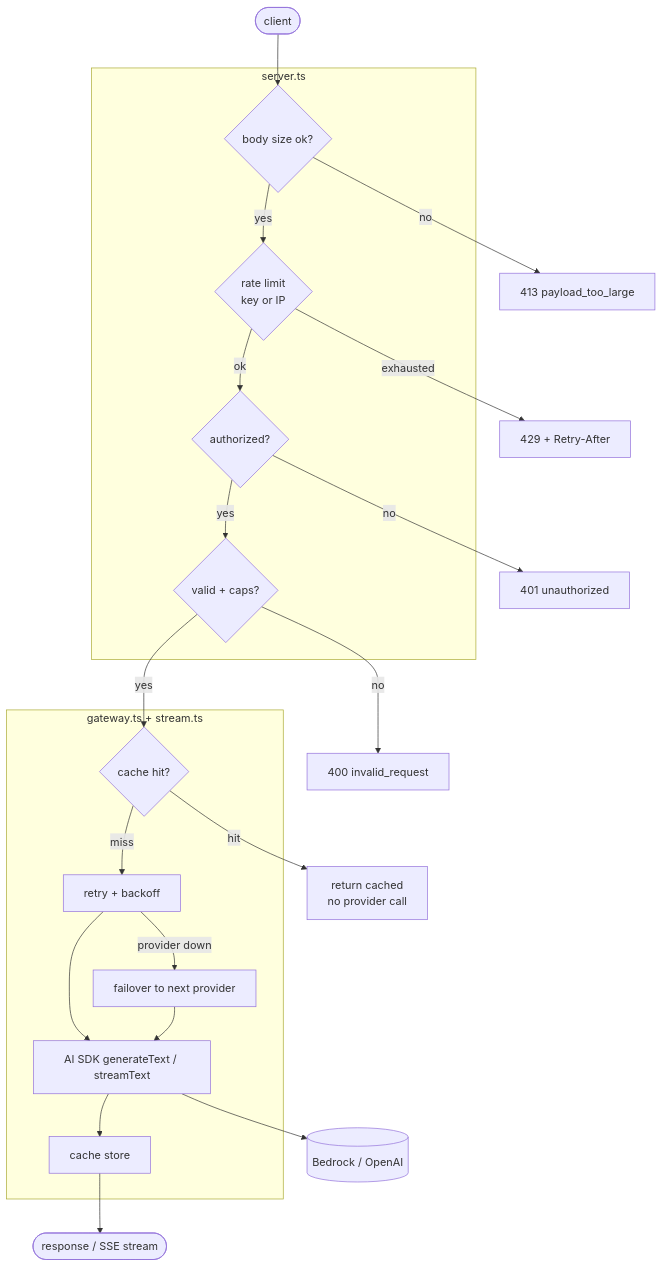
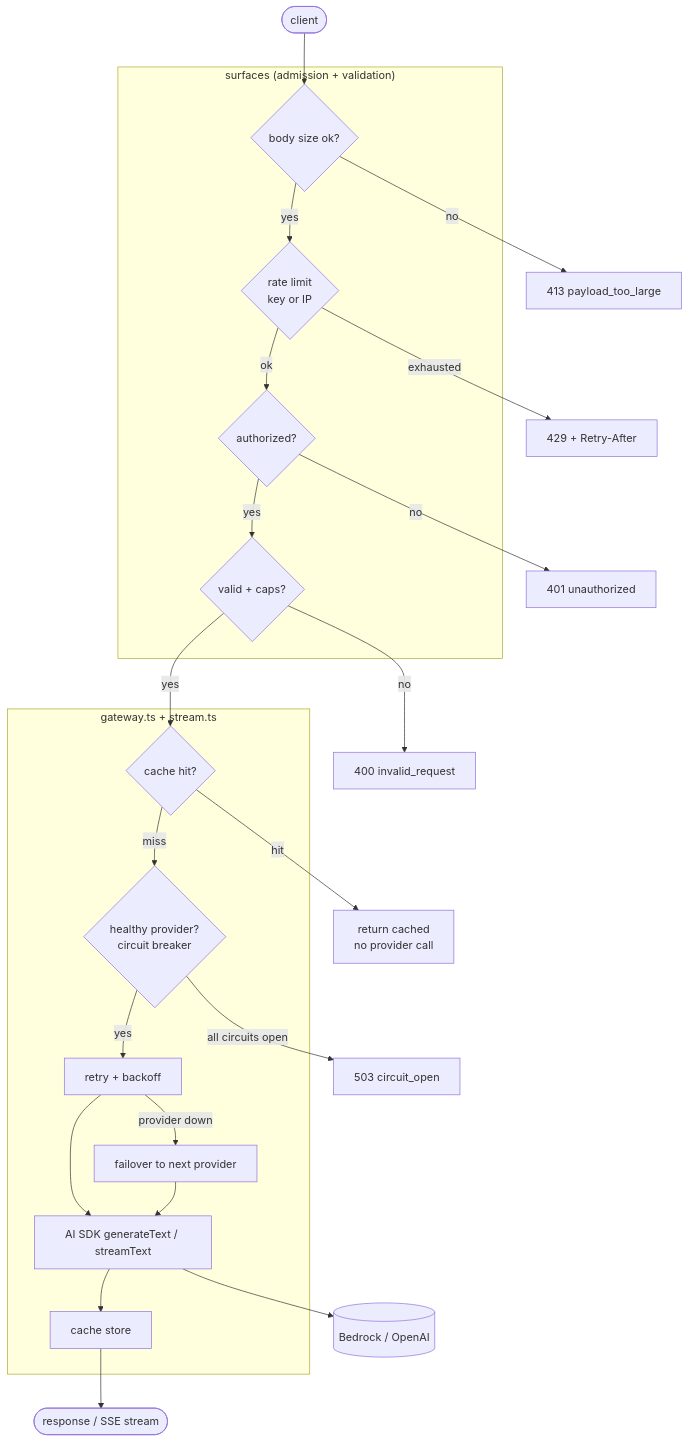
The diagram in README.md (young-kobe/ts-llm-gateway), drawn with Mermaid before and after one commit. The commit also changed other lines of this file and 9 other files, not shown here.

Commit message:
Implement circuit breaker pattern for provider failover handling

````diff
--- a/README.md
+++ b/README.md
@@ -145,33 +147,36 @@
 ```mermaid
 flowchart TD
     C([client]) --> BODY{body size ok?}
     BODY -- no --> E413[413 payload_too_large]
     BODY -- yes --> RL{rate limit<br/>key or IP}
     RL -- exhausted --> E429[429 + Retry-After]
     RL -- ok --> AUTH{authorized?}
     AUTH -- no --> E401[401 unauthorized]
     AUTH -- yes --> VAL{valid + caps?}
     VAL -- no --> E400[400 invalid_request]
     VAL -- yes --> CACHE{cache hit?}
     CACHE -- hit --> HIT[return cached<br/>no provider call]
-    CACHE -- miss --> RETRY[retry + backoff]
+    CACHE -- miss --> BREAK{healthy provider?<br/>circuit breaker}
+    BREAK -- all circuits open --> E503[503 circuit_open]
+    BREAK -- yes --> RETRY[retry + backoff]
     RETRY -- provider down --> FAIL[failover to next provider]
     RETRY --> GEN[AI SDK generateText / streamText]
     FAIL --> GEN
     GEN --> P[(Bedrock / OpenAI)]
     GEN --> STORE[cache store] --> RESP([response / SSE stream])
 
-    subgraph "server.ts"
+    subgraph "surfaces (admission + validation)"
         BODY
         RL
         AUTH
         VAL
     end
     subgraph "gateway.ts + stream.ts"
         CACHE
+        BREAK
         RETRY
         FAIL
         GEN
         STORE
     end
 ```
````
